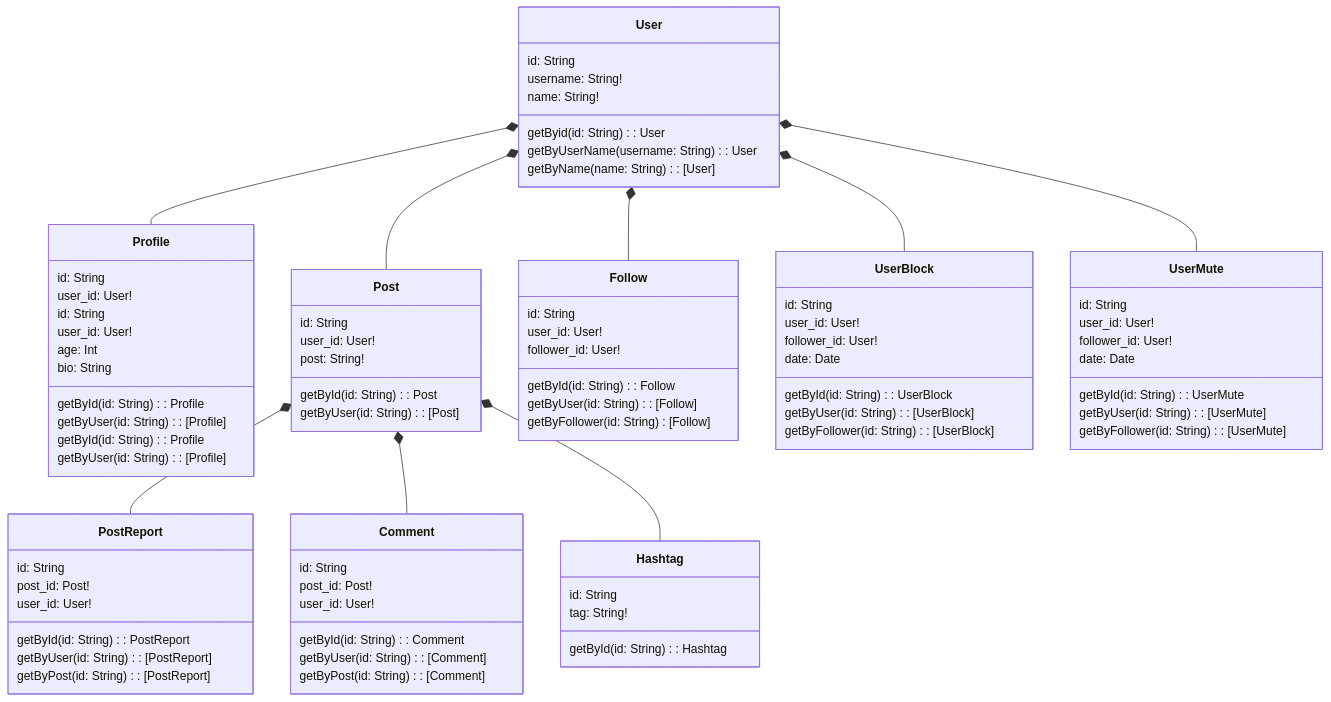
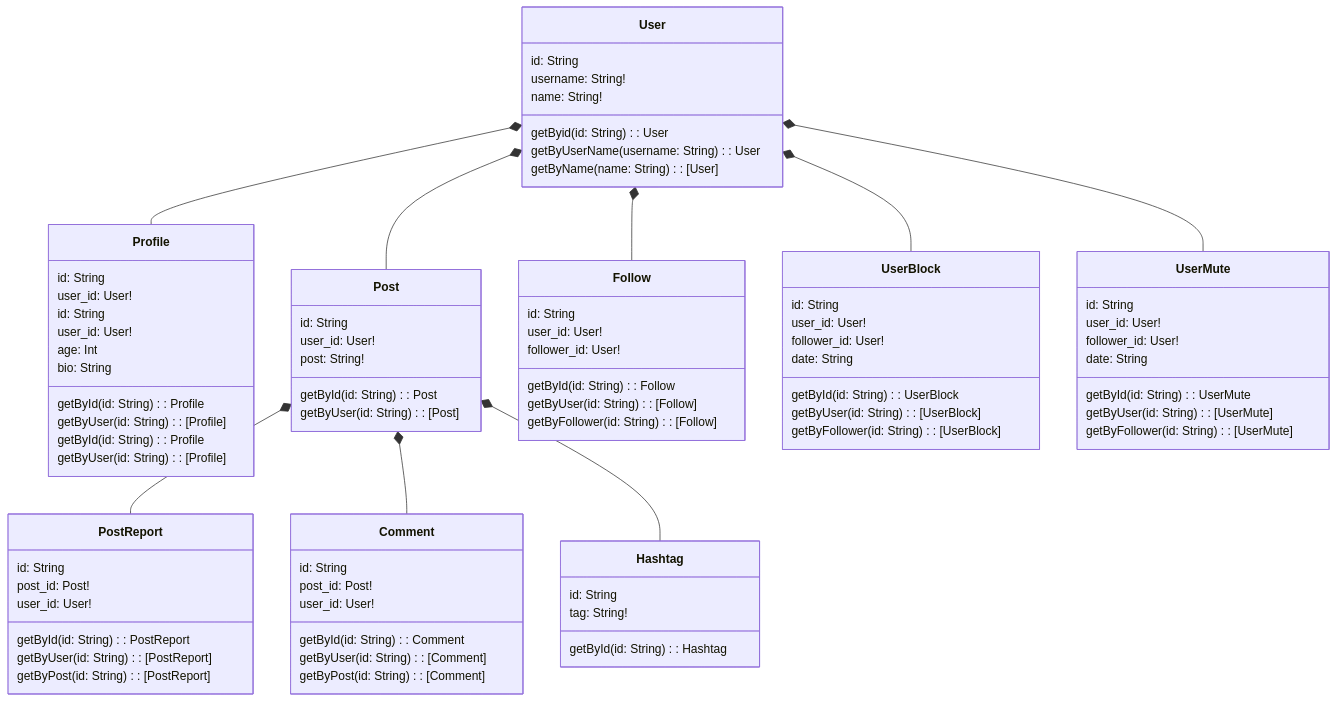
Before and after one commit to tsmarsh/microblog: the diagram in docs/content.mermaid, drawn with Mermaid. The commit also changed 22 other files, not shown here.

Commit message:
Used merminator to create entire schema

```diff
--- a/docs/content.mermaid
+++ b/docs/content.mermaid
@@ -1,108 +1,108 @@
 classDiagram
 
 
     User *-- Profile
     User *-- Post
     User *-- Follow
     User *-- UserBlock
     User *-- UserMute
     class User {
        id: String
        username: String!
        name: String!
 
        getByid(id: String) : User
        getByUserName(username: String) : User
        getByName(name: String) : [User]
     }
 
 
     class Profile{
         id: String
         user_id: User!
 
         getById(id: String): Profile
         getByUser(id: String): [Profile]
 
     }
 
     Post *-- PostReport
     Post *-- Comment
     Post *-- Hashtag
     class Post {
         id: String
         user_id: User!
         post: String!
 
         getById(id: String): Post
         getByUser(id: String): [Post]
     }
 
     class Comment {
         id: String
         post_id: Post!
         user_id: User!
 
         getById(id: String): Comment
         getByUser(id: String): [Comment]
         getByPost(id: String): [Comment]
     }
 
     class Follow {
         id: String
         user_id: User!
         follower_id: User!
 
         getById(id: String): Follow
         getByUser(id: String): [Follow]
-        getByFollower(id: String) [Follow]
+        getByFollower(id: String): [Follow]
     }
 
     class Hashtag {
         id: String
         tag: String!
 
         getById(id: String): Hashtag
     }
 
     class PostReport {
         id: String
         post_id: Post!
         user_id: User!
 
         getById(id: String): PostReport
         getByUser(id: String): [PostReport]
         getByPost(id: String): [PostReport]
     }
 
     class UserBlock {
         id: String
         user_id: User!
         follower_id: User!
-        date: Date
+        date: String
 
         getById(id: String): UserBlock
         getByUser(id: String): [UserBlock]
         getByFollower(id: String): [UserBlock]
     }
 
     class UserMute {
         id: String
         user_id: User!
         follower_id: User!
-        date: Date
+        date: String
 
         getById(id: String): UserMute
         getByUser(id: String): [UserMute]
         getByFollower(id: String): [UserMute]
     }
 
     class Profile {
         id: String
         user_id: User!
         age: Int
         bio: String
 
         getById(id: String): Profile
         getByUser(id: String): [Profile]
     }
```
